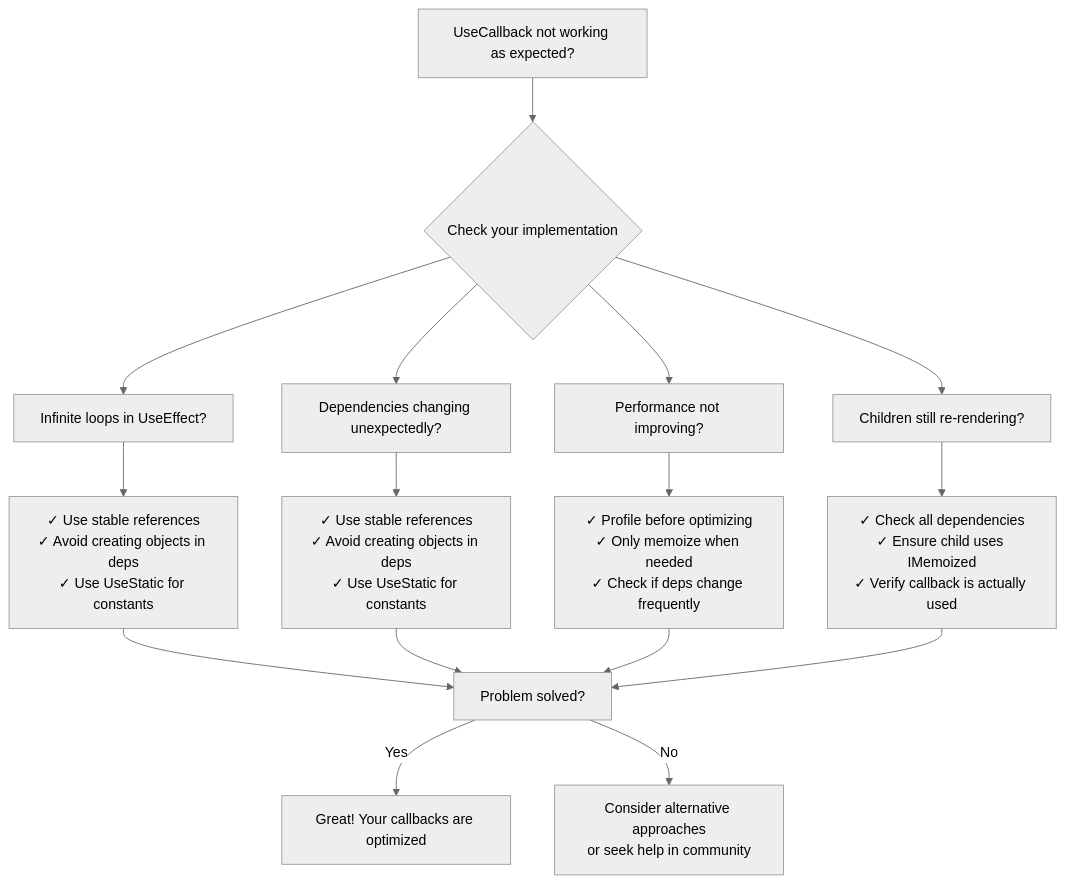
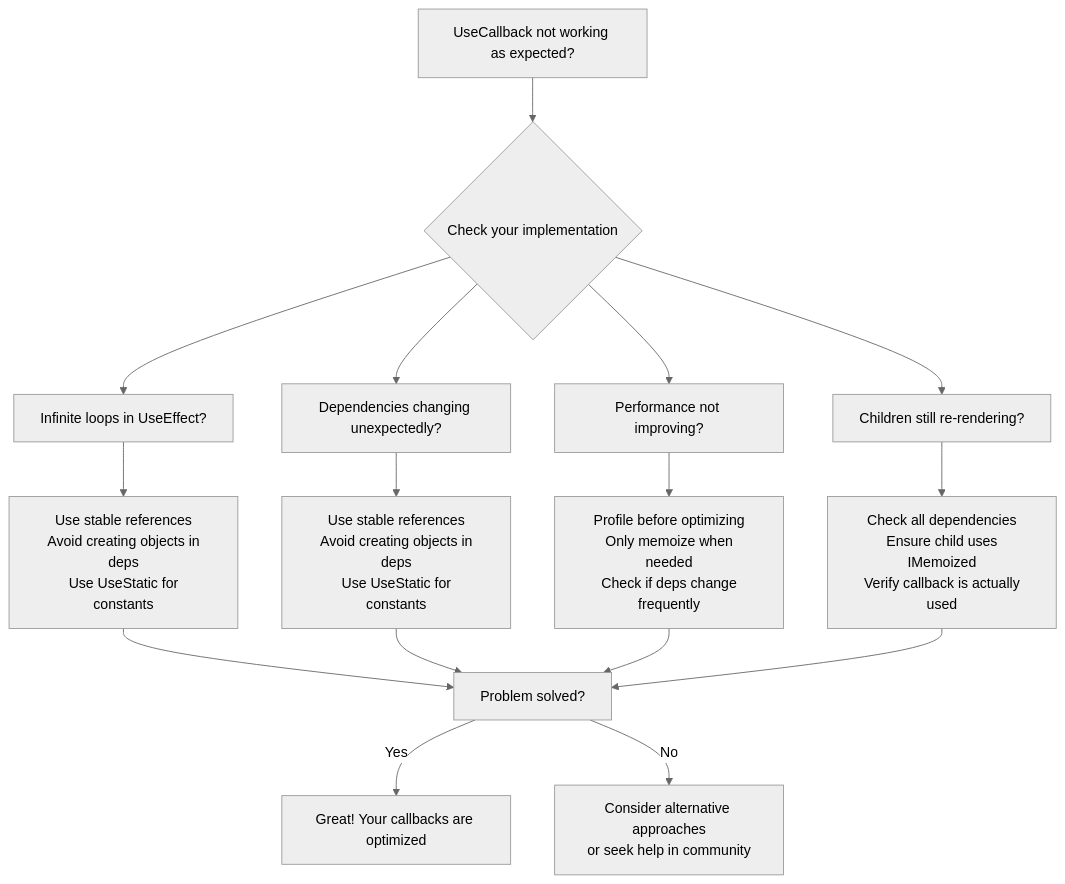
The third of 3 diagrams in Ivy.Docs.Shared/Docs/04_Hooks/06_Callback.md (Ivy-Interactive/Ivy-Framework), drawn with Mermaid (neutral theme) before and after one commit. The commit also changed 3 other files, not shown here.

````diff
--- a/Ivy.Docs.Shared/Docs/04_Hooks/06_Callback.md
+++ b/Ivy.Docs.Shared/Docs/04_Hooks/06_Callback.md
@@ -278,22 +278,22 @@
 ```mermaid
 flowchart TD
     A["UseCallback not working as expected?"] --> B{Check your implementation}
     
     B --> C["Dependencies changing unexpectedly?"]
     B --> D["Performance not improving?"]
-    E --> E1["✓ Use stable references<br/>✓ Avoid creating objects in deps<br/>✓ Use UseStatic for constants"]
+    E --> E1["Use stable references<br/> Avoid creating objects in deps<br/> Use UseStatic for constants"]
     B --> E["Infinite loops in UseEffect?"]
     B --> F["Children still re-rendering?"]
     
-    C --> C1["✓ Use stable references<br/>✓ Avoid creating objects in deps<br/>✓ Use UseStatic for constants"]
-    D --> D1["✓ Profile before optimizing<br/>✓ Only memoize when needed<br/>✓ Check if deps change frequently"]
+    C --> C1["Use stable references<br/> Avoid creating objects in deps<br/> Use UseStatic for constants"]
+    D --> D1["Profile before optimizing<br/> Only memoize when needed<br/> Check if deps change frequently"]
     E1 --> G["Problem solved?"]
-    F --> F1["✓ Check all dependencies<br/>✓ Ensure child uses IMemoized<br/>✓ Verify callback is actually used"]
+    F --> F1["Check all dependencies<br/> Ensure child uses IMemoized<br/> Verify callback is actually used"]
     
     C1 --> G
     D1 --> G
     F1 --> G
     
     G -->|Yes| H["Great! Your callbacks are optimized"]
     G -->|No| I["Consider alternative approaches<br/>or seek help in community"]
 ```
````
